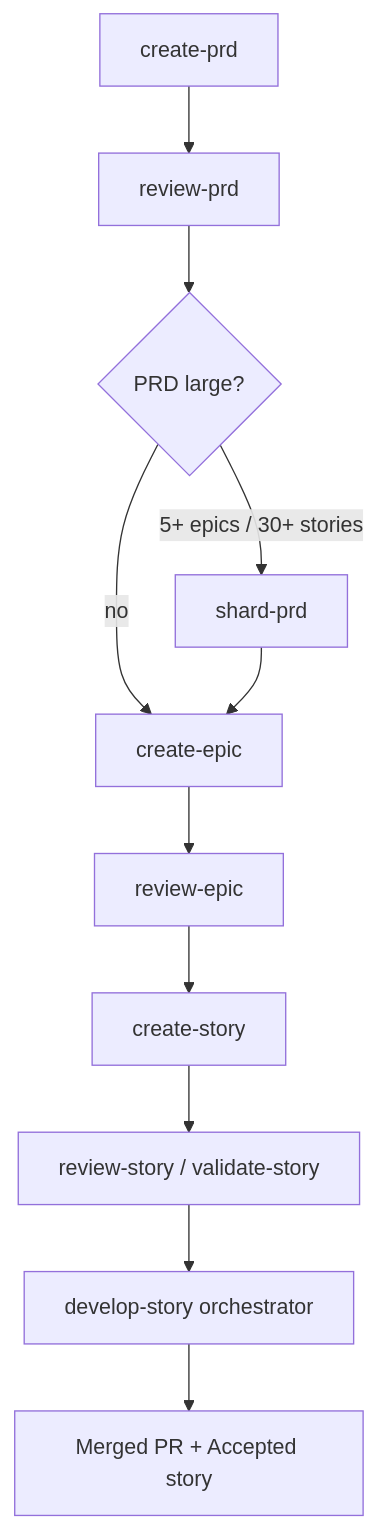
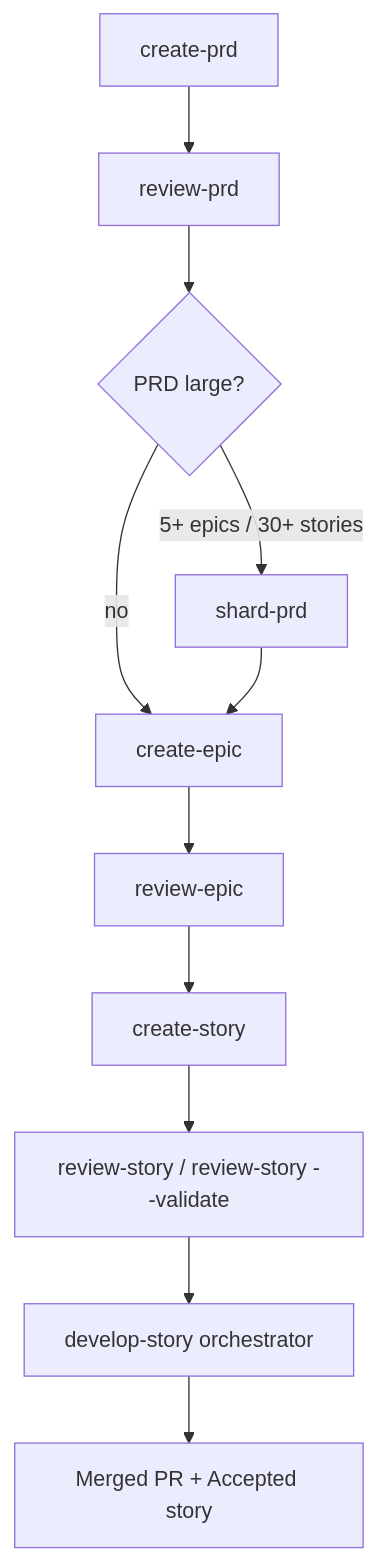
The diagram in docs/runbooks/story-development.md (Gamaroff/agent-skills), drawn with Mermaid before and after one commit. The commit also changed other lines of this file and 31 other files, not shown here.

First line of the commit message:
refactor(skills): consolidate PRD + story-review skills

````diff
--- a/docs/runbooks/story-development.md
+++ b/docs/runbooks/story-development.md
@@ -28,13 +28,13 @@
 ```mermaid
 flowchart TD
     A[create-prd] --> B[review-prd]
     B --> C{PRD large?}
     C -- 5+ epics / 30+ stories --> D[shard-prd]
     C -- no --> E[create-epic]
     D --> E
     E --> F[review-epic]
     F --> G[create-story]
-    G --> H[review-story / validate-story]
+    G --> H[review-story / review-story --validate]
     H --> I[develop-story orchestrator]
     I --> J[Merged PR + Accepted story]
 ```
````
